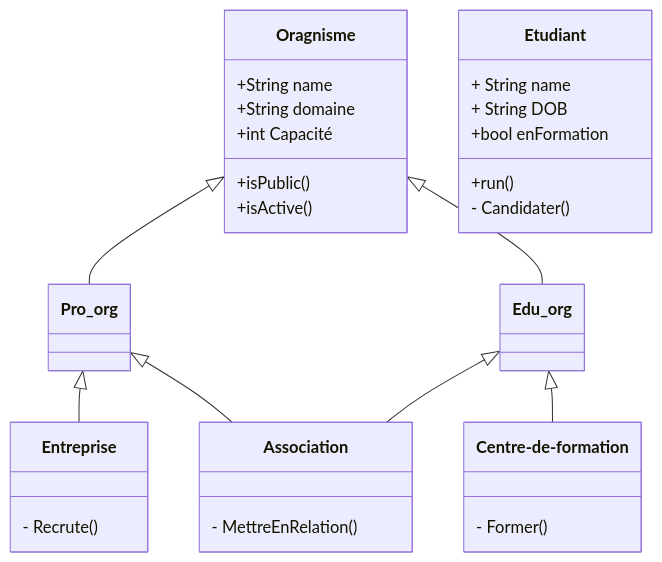
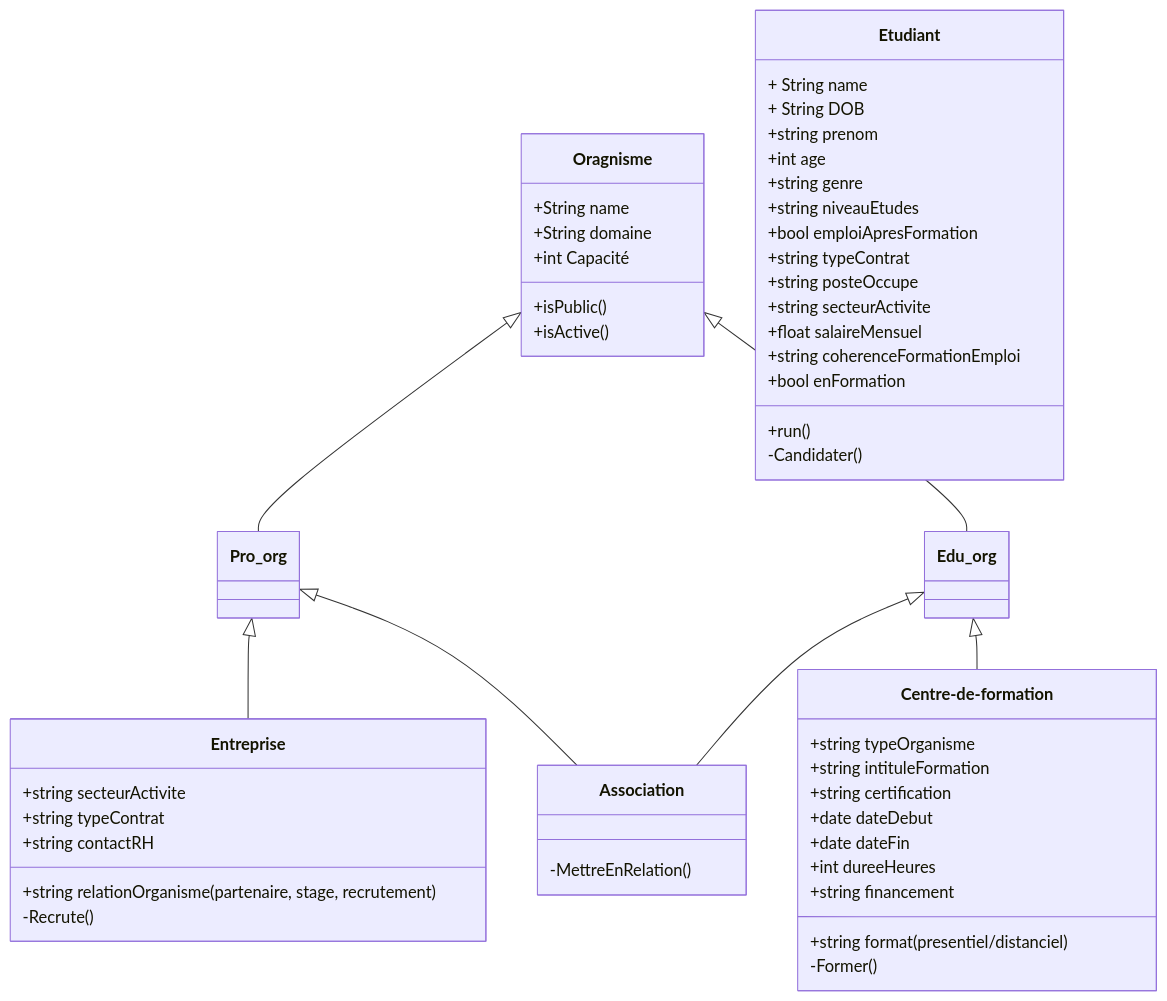
One commit to bouzidifatimazohra00-ux/inclusion-numerique-93 changed the diagram in acteurslecaotunglam.md. Above: the diagram before and after it, drawn with Mermaid.

Commit message:
Update class

````diff
--- a/acteurslecaotunglam.md
+++ b/acteurslecaotunglam.md
@@ -2,41 +2,62 @@
 ```mermaid
 classDiagram
      
     Oragnisme <|-- Pro_org
     Oragnisme <|-- Edu_org
     Pro_org <|-- Entreprise
     Pro_org <|-- Association
     Edu_org <|-- Association
     Edu_org <|-- Centre-de-formation
     
     
     class Oragnisme{
         +String name
         +isPublic()
         +isActive()
         +String domaine
         +int Capacité
     }
     
     class Association {
-        - MettreEnRelation()
+        -MettreEnRelation()
     }
     
     class Centre-de-formation{
-        - Former()
-        
+        +string typeOrganisme
+        +string intituleFormation
+        +string certification
+        +date dateDebut
+        +date dateFin
+        +int dureeHeures
+        +string financement
+        +string format (presentiel/distanciel)
+        -Former()     
     }
       
     class Entreprise{
-        - Recrute()
+        +string secteurActivite
+        +string typeContrat
+        +string relationOrganisme (partenaire, stage, recrutement)
+        +string contactRH
+        -Recrute()
     }
         
     class Etudiant{
         + String name
         + String DOB
+         +string prenom
+  +int age
+  +string genre
+  +string niveauEtudes
+  +bool emploiApresFormation
+  +string typeContrat
+  +string posteOccupe
+  +string secteurActivite
+  +float salaireMensuel
+  +string coherenceFormationEmploi
         
         +bool enFormation
         +run()
-        - Candidater()
+        -Candidater()
     }
 ```
````
